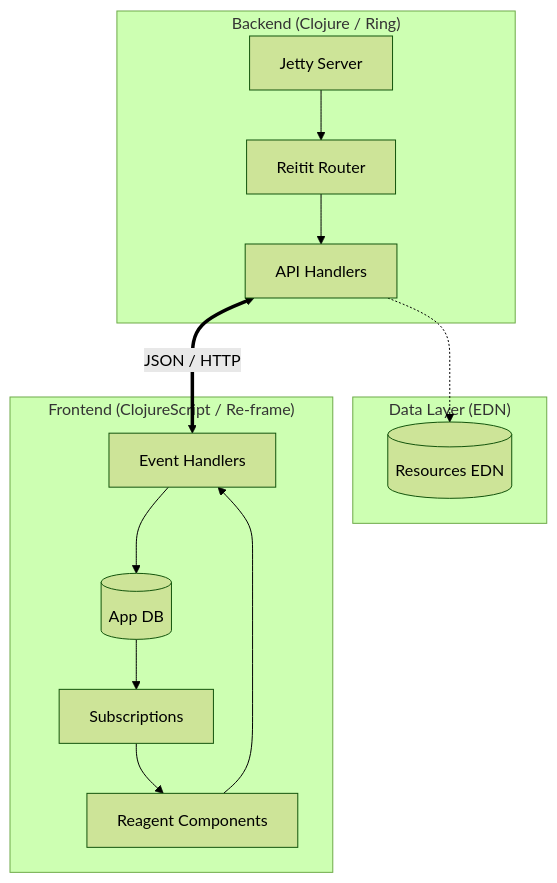
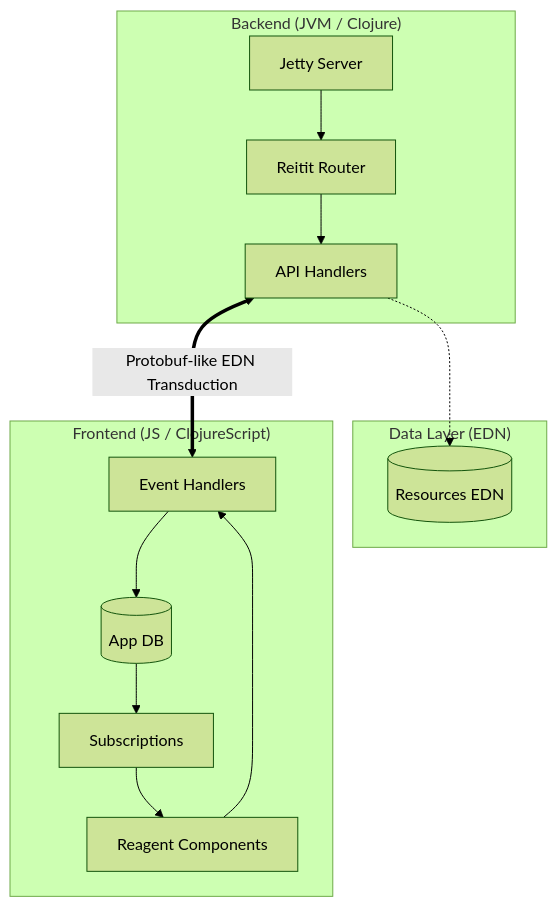
The diagram in README.md (dennisgathu8/hodari-gardens), drawn with Mermaid (forest theme) before and after one commit. The commit also changed other lines of this file and 3 other files, not shown here.

````diff
--- a/README.md
+++ b/README.md
@@ -18,29 +33,29 @@
 ```mermaid
 graph TD
     subgraph "Data Layer (EDN)"
         D[(Resources EDN)]
     end
 
-    subgraph "Backend (Clojure / Ring)"
+    subgraph "Backend (JVM / Clojure)"
         S[Jetty Server]
         R[Reitit Router]
         A[API Handlers]
         S --> R
         R --> A
         A -.-> D
     end
 
-    subgraph "Frontend (ClojureScript / Re-frame)"
+    subgraph "Frontend (JS / ClojureScript)"
         V[Reagent Components]
         SUB[Subscriptions]
         E[Event Handlers]
         DB[(App DB)]
         
         V --> E
         E --> DB
         DB --> SUB
         SUB --> V
     end
 
-    A <== "JSON / HTTP" ==> E
+    A <== "Protobuf-like EDN Transduction" ==> E
 ```
````
